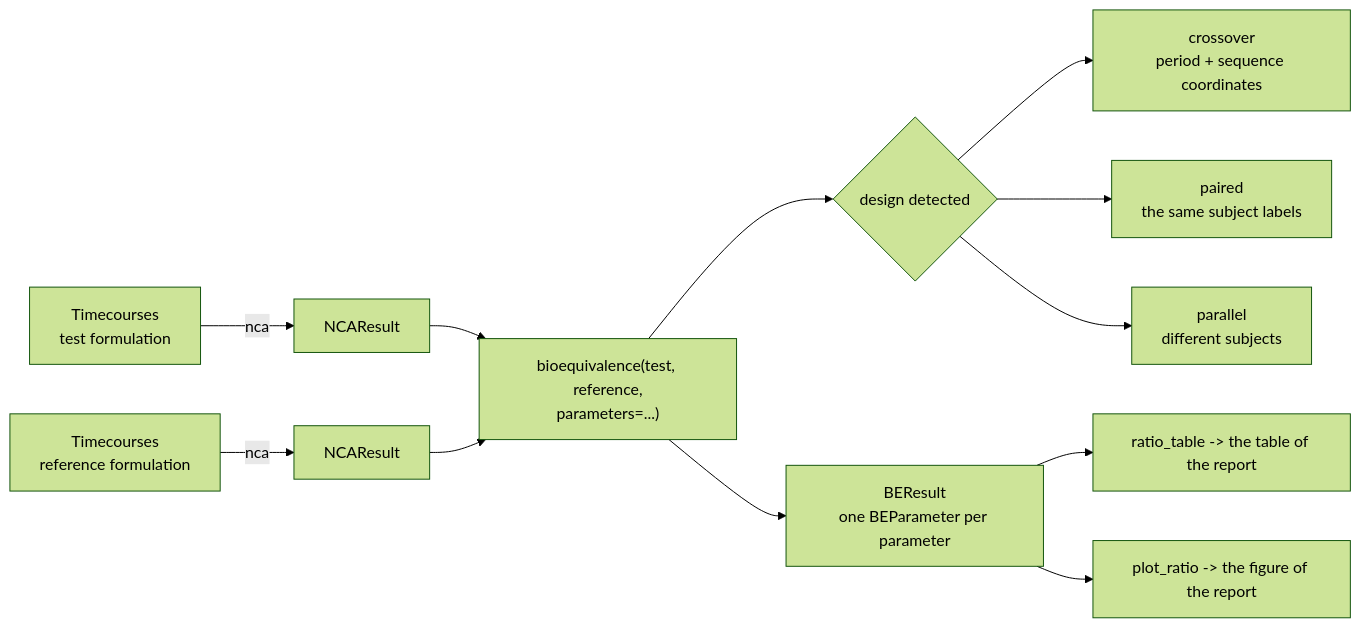
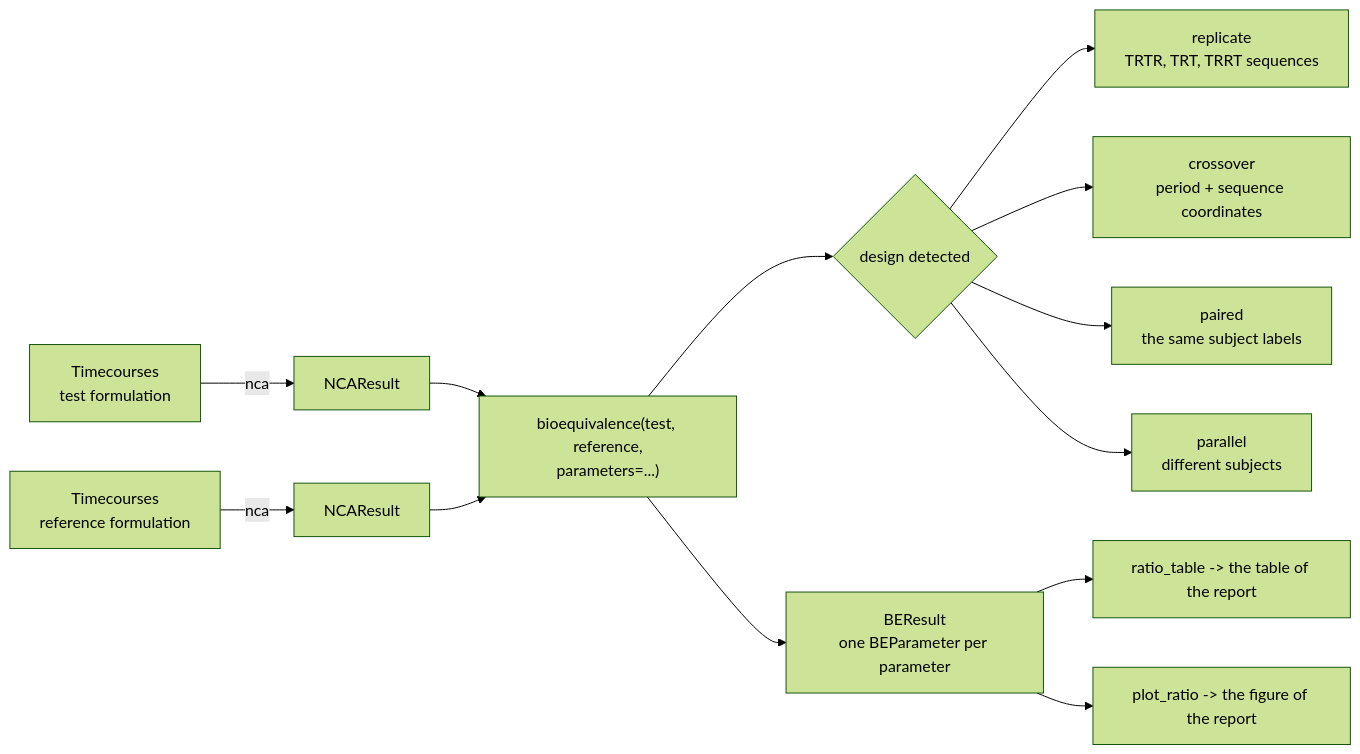
One commit to matthiaskoenig/pkpdutils changed the diagram in docs/bioequivalence.md. Above: the diagram before and after it, drawn with Mermaid (forest theme). The commit also changed other lines of this file and 24 other files, not shown here.

````diff
--- a/docs/bioequivalence.md
+++ b/docs/bioequivalence.md
@@ -7,14 +7,15 @@
 ```mermaid
 flowchart LR
   TB["Timecourses<br/>test formulation"] -->|nca| TR["NCAResult"]
   RB["Timecourses<br/>reference formulation"] -->|nca| RR["NCAResult"]
   TR --> BE["bioequivalence(test, reference,<br/>parameters=...)"]
   RR --> BE
   BE --> DES{"design detected"}
+  DES --> D0["replicate<br/>TRTR, TRT, TRRT sequences"]
   DES --> D1["crossover<br/>period + sequence coordinates"]
   DES --> D2["paired<br/>the same subject labels"]
   DES --> D3["parallel<br/>different subjects"]
   BE --> RES["BEResult<br/>one BEParameter per parameter"]
   RES --> TAB["ratio_table -> the table of the report"]
   RES --> FIG["plot_ratio -> the figure of the report"]
 ```
````
